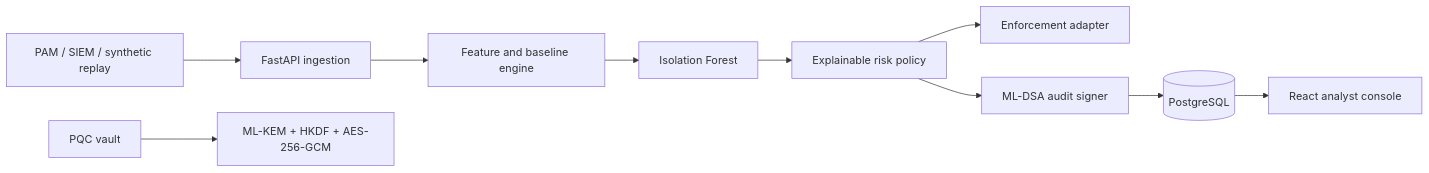
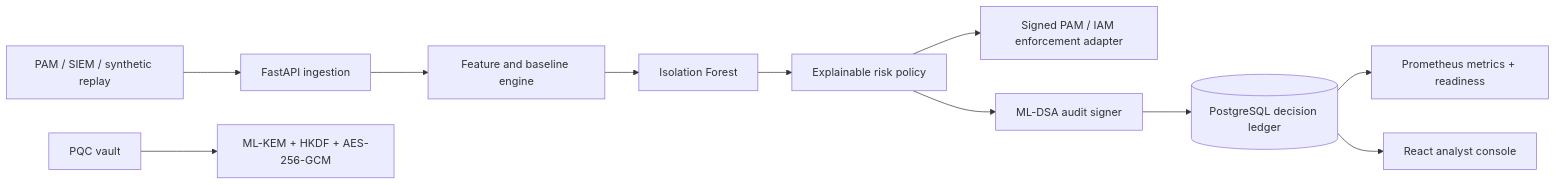
The diagram in docs/architecture.md (xdcoderz/aegis-command), drawn with Mermaid before and after one commit. The commit also changed other lines of this file and 63 other files, not shown here.

````diff
--- a/docs/architecture.md
+++ b/docs/architecture.md
@@ -9,12 +9,13 @@
 ```mermaid
 flowchart LR
   S["PAM / SIEM / synthetic replay"] --> A["FastAPI ingestion"]
   A --> F["Feature and baseline engine"]
   F --> M["Isolation Forest"]
   M --> R["Explainable risk policy"]
-  R --> E["Enforcement adapter"]
+  R --> E["Signed PAM / IAM enforcement adapter"]
   R --> Q["ML-DSA audit signer"]
-  Q --> P[(PostgreSQL)]
+  Q --> P[(PostgreSQL decision ledger)]
+  P --> O["Prometheus metrics + readiness"]
   P --> W["React analyst console"]
   V["PQC vault"] --> K["ML-KEM + HKDF + AES-256-GCM"]
 ```
````
